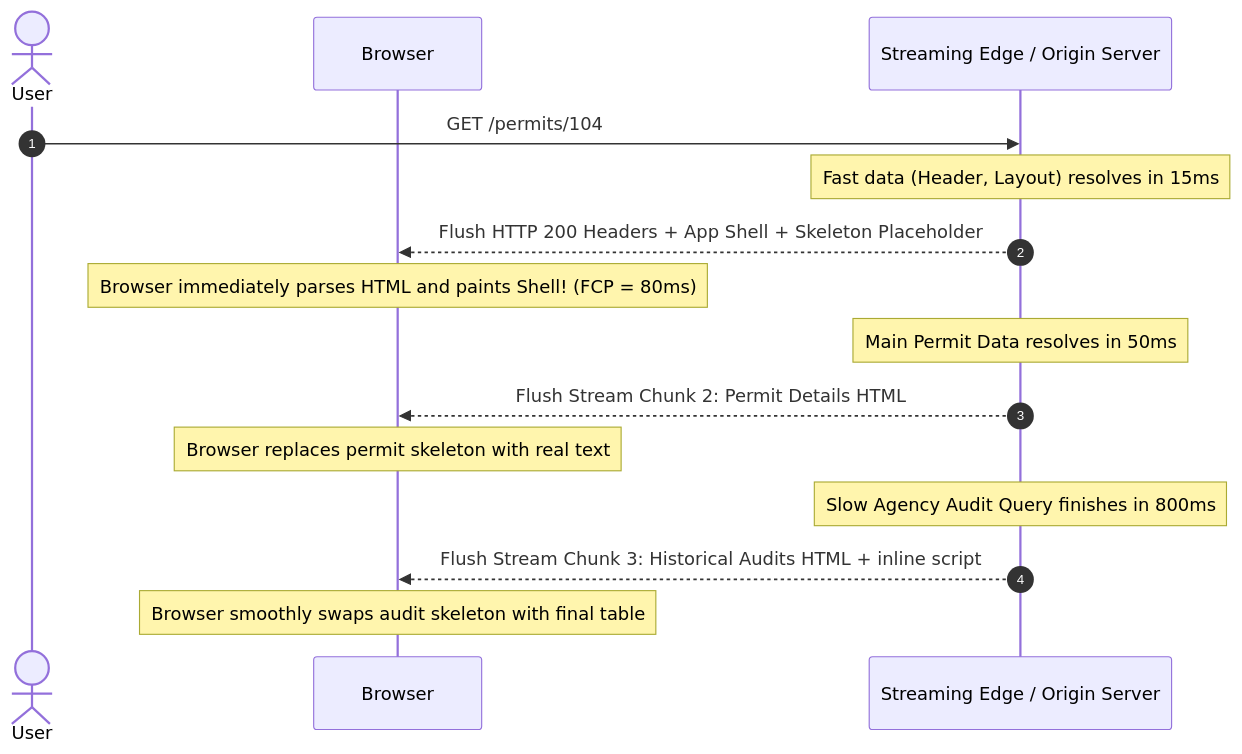
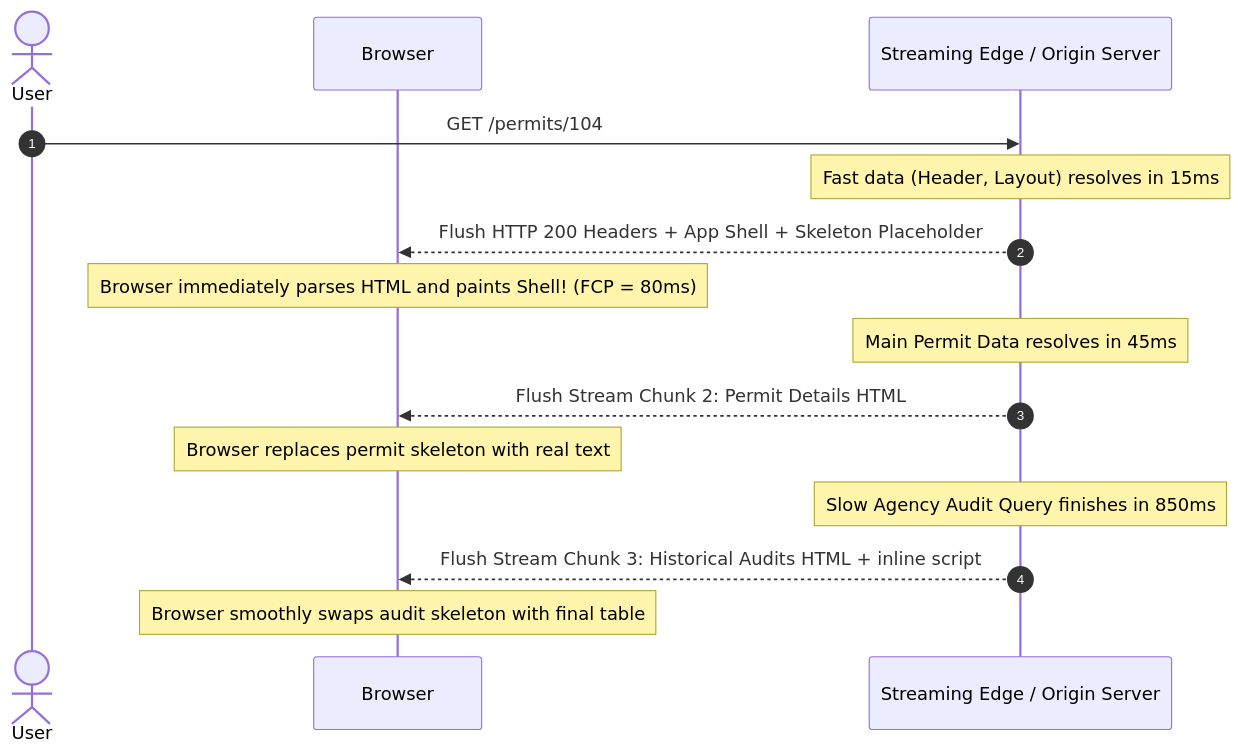
Before and after one commit to polla-fattah/frontend-book: the eighth of 11 diagrams in content/book/Chapter_11_Rendering_Topologies_CSR_SSR_SSG_and_Beyond.md, drawn with Mermaid. The commit also changed other lines of this file, not shown here.

First line of the commit message:
fix(ch11): correct outdated terminology and diagram errors

````diff
--- a/content/book/Chapter_11_Rendering_Topologies_CSR_SSR_SSG_and_Beyond.md
+++ b/content/book/Chapter_11_Rendering_Topologies_CSR_SSR_SSG_and_Beyond.md
@@ -351,20 +353,20 @@
 ```mermaid
 sequenceDiagram
     autonumber
     actor User
     participant Browser
     participant Server as Streaming Edge / Origin Server
 
     User->>Server: GET /permits/104
     Note over Server: Fast data (Header, Layout) resolves in 15ms
     Server-->>Browser: Flush HTTP 200 Headers + App Shell + Skeleton Placeholder
     Note over Browser: Browser immediately parses HTML and paints Shell! (FCP = 80ms)
     
-    Note over Server: Main Permit Data resolves in 50ms
+    Note over Server: Main Permit Data resolves in 45ms
     Server-->>Browser: Flush Stream Chunk 2: Permit Details HTML
     Note over Browser: Browser replaces permit skeleton with real text
     
-    Note over Server: Slow Agency Audit Query finishes in 800ms
+    Note over Server: Slow Agency Audit Query finishes in 850ms
     Server-->>Browser: Flush Stream Chunk 3: Historical Audits HTML + inline script
     Note over Browser: Browser smoothly swaps audit skeleton with final table
 ```
````
